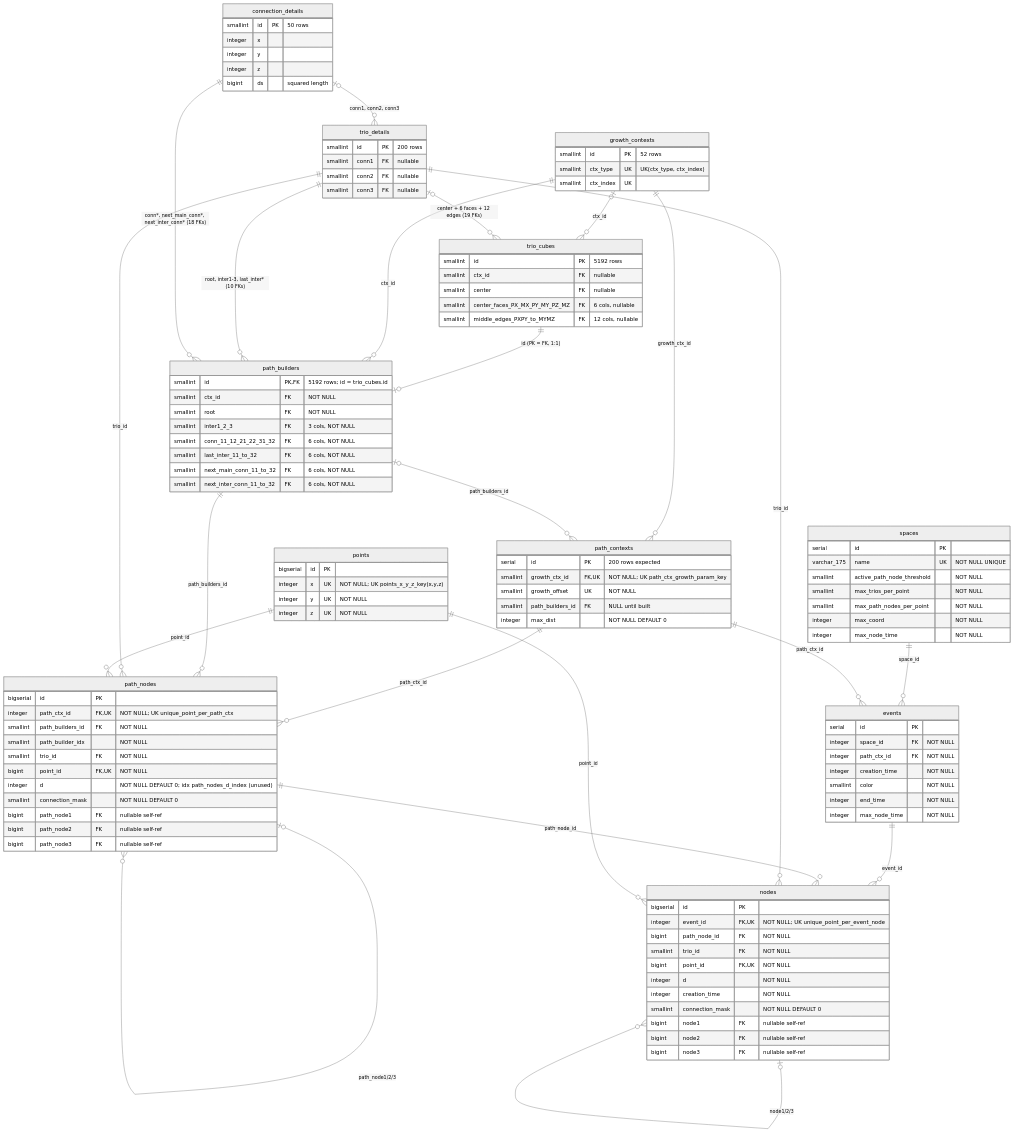
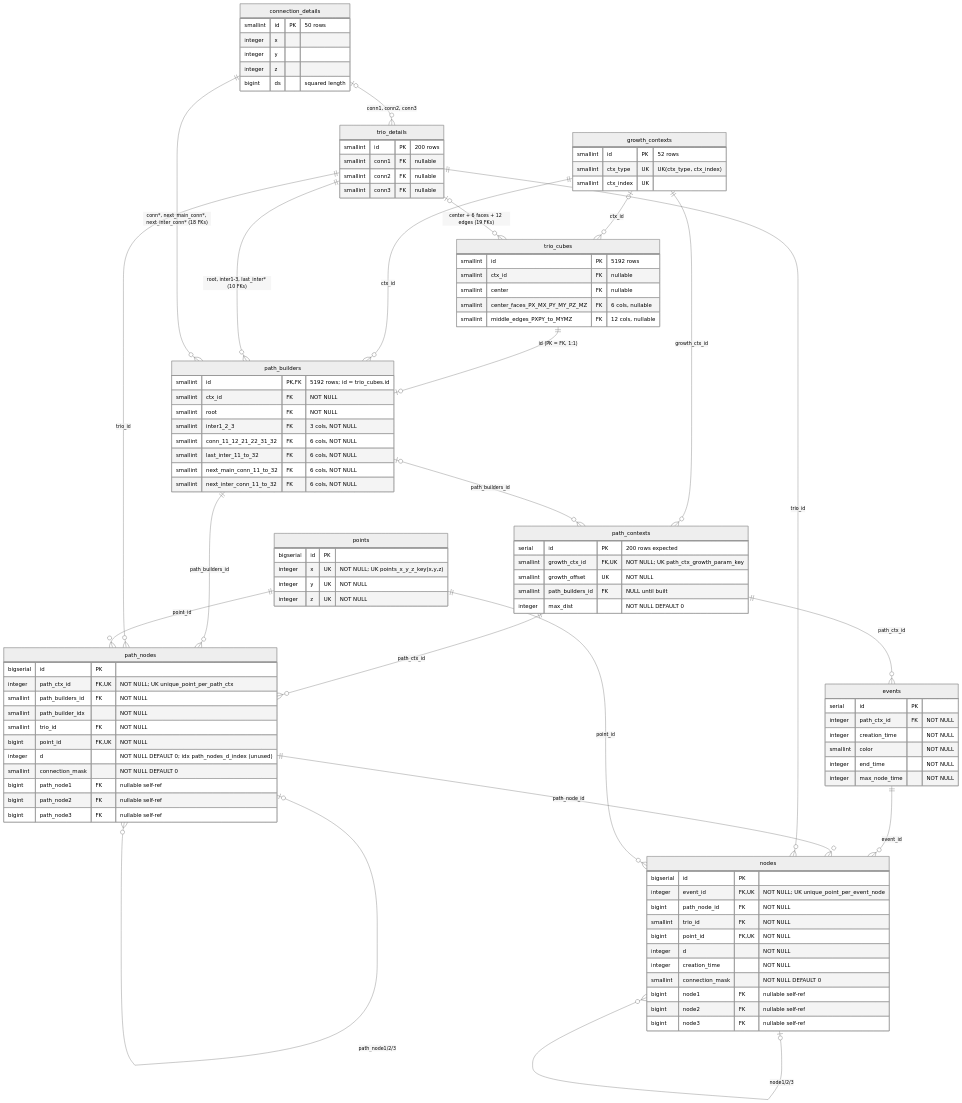
Before and after one commit to freddy33/qsm-go: the diagram in docs/db/qsm-db.mmd, drawn with Mermaid (neutral theme). The commit also changed 16 other files, not shown here.

First line of the commit message:
Record each successful run and drop the spaces table

```diff
--- a/docs/db/qsm-db.mmd
+++ b/docs/db/qsm-db.mmd
@@ -1,124 +1,113 @@
-%% QSM PostgreSQL schema, from every m3db.TableDefinition in freddy33/qsm-go (branch prod @ e2be02a)
-%% Each env gets its own schema "qsm<envId>" (e.g. qsm1); all tables + FKs live inside that schema.
-%% Solid lines = declared REFERENCES. Grouped edges list every FK column they stand for.
+%% Rust Iceberg tables under data/<simulation>/. Static pointdb tables are in memory.
+%% Go Postgres still has a spaces table and events.space_id; Rust dropped both.
+%% One simulation folder is one space. Solid lines are the logical references.
 erDiagram
     %% ---------- backend/pointdb : static reference data (fixed row counts) ----------
     connection_details {
         smallint id PK "50 rows"
         integer x
         integer y
         integer z
         bigint ds "squared length"
     }
     trio_details {
         smallint id PK "200 rows"
         smallint conn1 FK "nullable"
         smallint conn2 FK "nullable"
         smallint conn3 FK "nullable"
     }
     growth_contexts {
         smallint id PK "52 rows"
         smallint ctx_type UK "UK(ctx_type, ctx_index)"
         smallint ctx_index UK
     }
     trio_cubes {
         smallint id PK "5192 rows"
         smallint ctx_id FK "nullable"
         smallint center FK "nullable"
         smallint center_faces_PX_MX_PY_MY_PZ_MZ FK "6 cols, nullable"
         smallint middle_edges_PXPY_to_MYMZ FK "12 cols, nullable"
     }
     path_builders {
         smallint id PK,FK "5192 rows; id = trio_cubes.id"
         smallint ctx_id FK "NOT NULL"
         smallint root FK "NOT NULL"
         smallint inter1_2_3 FK "3 cols, NOT NULL"
         smallint conn_11_12_21_22_31_32 FK "6 cols, NOT NULL"
         smallint last_inter_11_to_32 FK "6 cols, NOT NULL"
         smallint next_main_conn_11_to_32 FK "6 cols, NOT NULL"
         smallint next_inter_conn_11_to_32 FK "6 cols, NOT NULL"
     }
     %% ---------- backend/pathdb : growth paths ----------
     points {
         bigserial id PK
         integer x UK "NOT NULL; UK points_x_y_z_key(x,y,z)"
         integer y UK "NOT NULL"
         integer z UK "NOT NULL"
     }
     path_contexts {
         serial id PK "200 rows expected"
         smallint growth_ctx_id FK,UK "NOT NULL; UK path_ctx_growth_param_key"
         smallint growth_offset UK "NOT NULL"
         smallint path_builders_id FK "NULL until built"
         integer max_dist "NOT NULL DEFAULT 0"
     }
     path_nodes {
         bigserial id PK
         integer path_ctx_id FK,UK "NOT NULL; UK unique_point_per_path_ctx"
         smallint path_builders_id FK "NOT NULL"
         smallint path_builder_idx "NOT NULL"
         smallint trio_id FK "NOT NULL"
         bigint point_id FK,UK "NOT NULL"
         integer d "NOT NULL DEFAULT 0; idx path_nodes_d_index (unused)"
         smallint connection_mask "NOT NULL DEFAULT 0"
         bigint path_node1 FK "nullable self-ref"
         bigint path_node2 FK "nullable self-ref"
         bigint path_node3 FK "nullable self-ref"
     }
     %% ---------- backend/spacedb : simulation runs ----------
-    spaces {
-        serial id PK
-        varchar_175 name UK "NOT NULL UNIQUE"
-        smallint active_path_node_threshold "NOT NULL"
-        smallint max_trios_per_point "NOT NULL"
-        smallint max_path_nodes_per_point "NOT NULL"
-        integer max_coord "NOT NULL"
-        integer max_node_time "NOT NULL"
-    }
     events {
         serial id PK
-        integer space_id FK "NOT NULL"
         integer path_ctx_id FK "NOT NULL"
         integer creation_time "NOT NULL"
         smallint color "NOT NULL"
         integer end_time "NOT NULL"
         integer max_node_time "NOT NULL"
     }
     nodes {
         bigserial id PK
         integer event_id FK,UK "NOT NULL; UK unique_point_per_event_node"
         bigint path_node_id FK "NOT NULL"
         smallint trio_id FK "NOT NULL"
         bigint point_id FK,UK "NOT NULL"
         integer d "NOT NULL"
         integer creation_time "NOT NULL"
         smallint connection_mask "NOT NULL DEFAULT 0"
         bigint node1 FK "nullable self-ref"
         bigint node2 FK "nullable self-ref"
         bigint node3 FK "nullable self-ref"
     }
 
     %% pointdb
     connection_details |o--o{ trio_details : "conn1, conn2, conn3"
     growth_contexts |o--o{ trio_cubes : "ctx_id"
     trio_details |o--o{ trio_cubes : "center + 6 faces + 12 edges (19 FKs)"
     trio_cubes ||--o| path_builders : "id (PK = FK, 1:1)"
     growth_contexts ||--o{ path_builders : "ctx_id"
     trio_details ||--o{ path_builders : "root, inter1-3, last_inter* (10 FKs)"
     connection_details ||--o{ path_builders : "conn*, next_main_conn*, next_inter_conn* (18 FKs)"
     %% pathdb
     growth_contexts ||--o{ path_contexts : "growth_ctx_id"
     path_builders |o--o{ path_contexts : "path_builders_id"
     path_contexts ||--o{ path_nodes : "path_ctx_id"
     path_builders ||--o{ path_nodes : "path_builders_id"
     trio_details ||--o{ path_nodes : "trio_id"
     points ||--o{ path_nodes : "point_id"
     path_nodes |o--o{ path_nodes : "path_node1/2/3"
     %% spacedb
-    spaces ||--o{ events : "space_id"
     path_contexts ||--o{ events : "path_ctx_id"
     events ||--o{ nodes : "event_id"
     path_nodes ||--o{ nodes : "path_node_id"
     trio_details ||--o{ nodes : "trio_id"
     points ||--o{ nodes : "point_id"
     nodes |o--o{ nodes : "node1/2/3"
```
